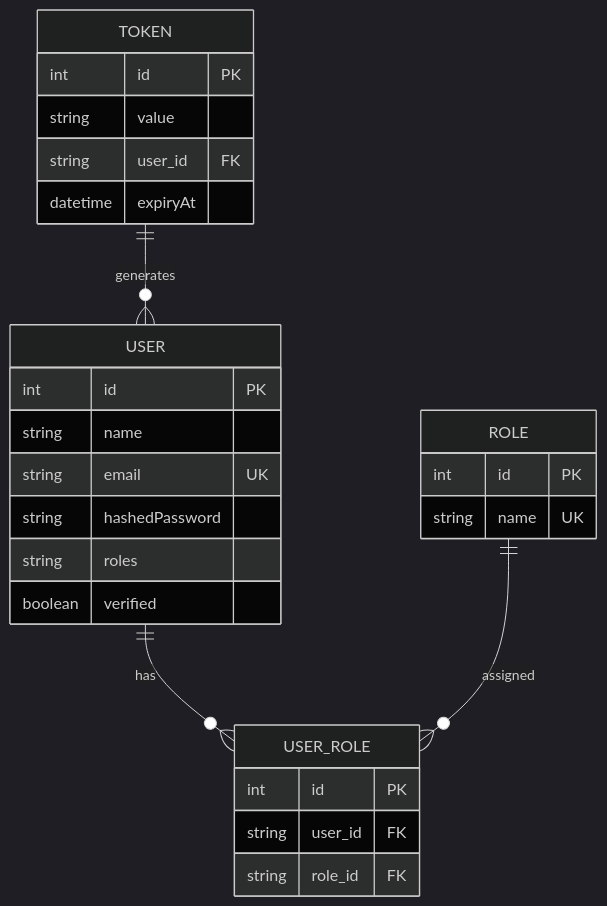
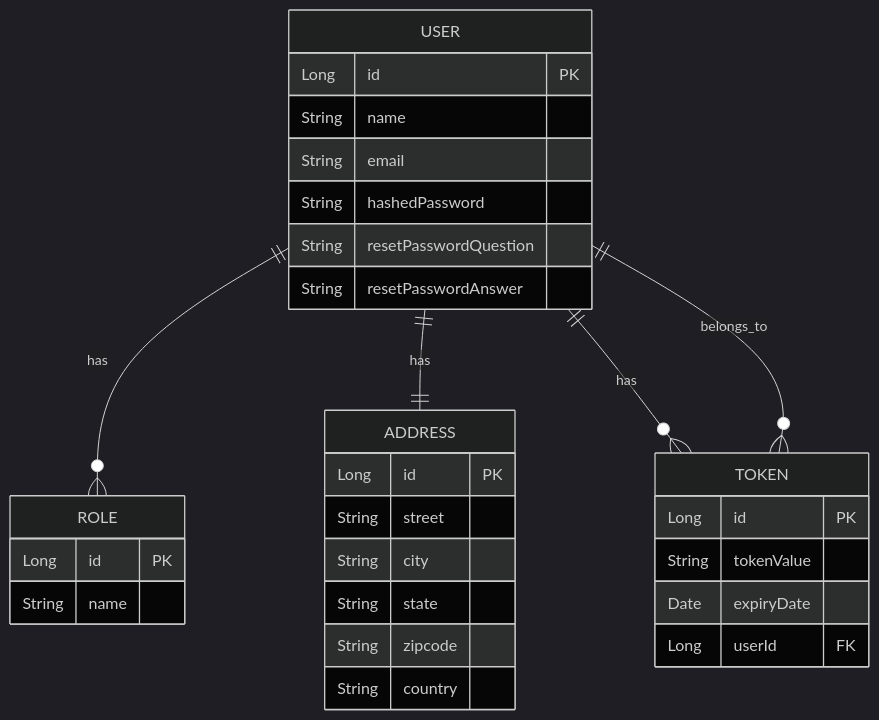
Before and after one commit to goelvinay5/WoolfProjectDocumentation: the diagram in SchemaDesign/UserManagement.mmd, drawn with Mermaid (dark theme). The commit also changed 5 other files, not shown here.

```diff
--- a/SchemaDesign/UserManagement.mmd
+++ b/SchemaDesign/UserManagement.mmd
@@ -1,27 +1,35 @@
 erDiagram
-    USER ||--o{ USER_ROLE : has
     USER {
-        int id PK
-        string name
-        string email UK
-        string hashedPassword
-        string roles
-        boolean verified
+        Long id PK
+        String name
+        String email
+        String hashedPassword
+        String resetPasswordQuestion
+        String resetPasswordAnswer
     }
-    ROLE ||--o{ USER_ROLE : assigned
+    
     ROLE {
-        int id PK
-        string name UK
+        Long id PK
+        String name
     }
-    TOKEN ||--o{ USER : generates
+    
+    ADDRESS {
+        Long id PK
+        String street
+        String city
+        String state
+        String zipcode
+        String country
+    }
+    
     TOKEN {
-        int id PK
-        string value
-        string user_id FK
-        datetime expiryAt
+        Long id PK
+        String tokenValue
+        Date expiryDate
+        Long userId FK
     }
-    USER_ROLE {
-        int id PK
-        string user_id FK
-        string role_id FK
-    }
+    
+    USER ||--o{ ROLE : has
+    USER ||--|| ADDRESS : has
+    USER ||--o{ TOKEN : has
+    TOKEN }o--|| USER : belongs_to
```
